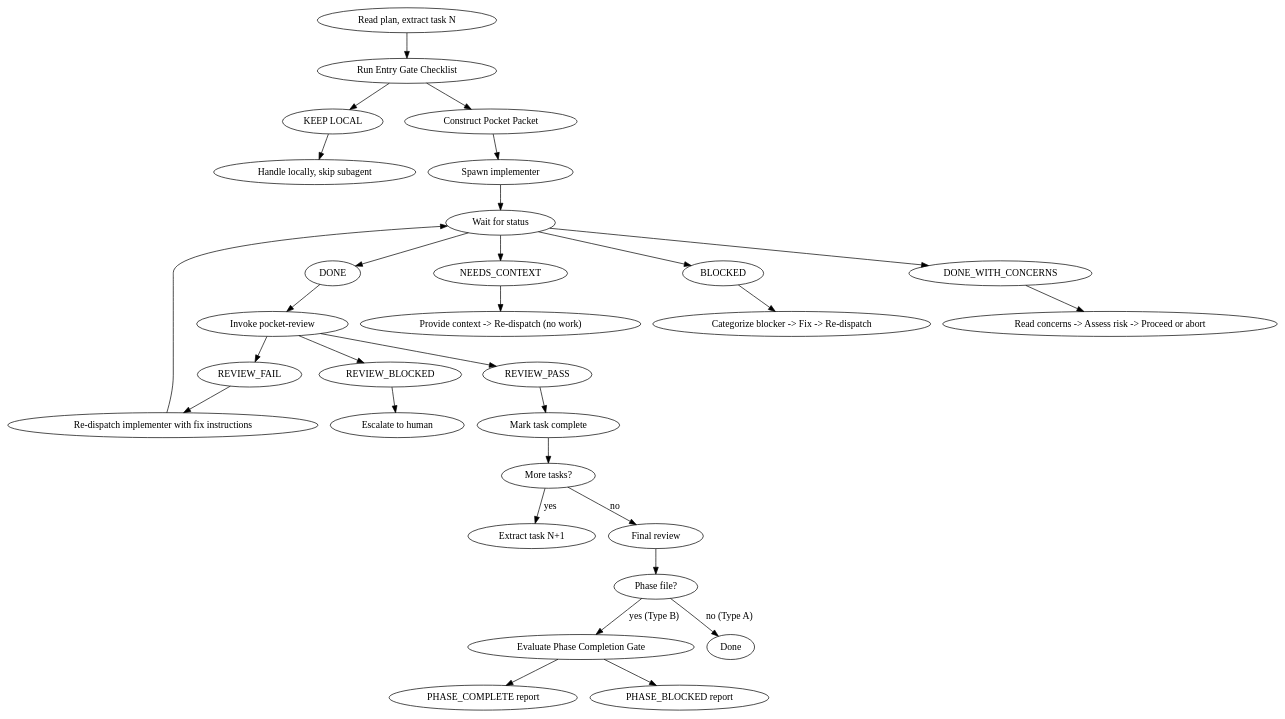
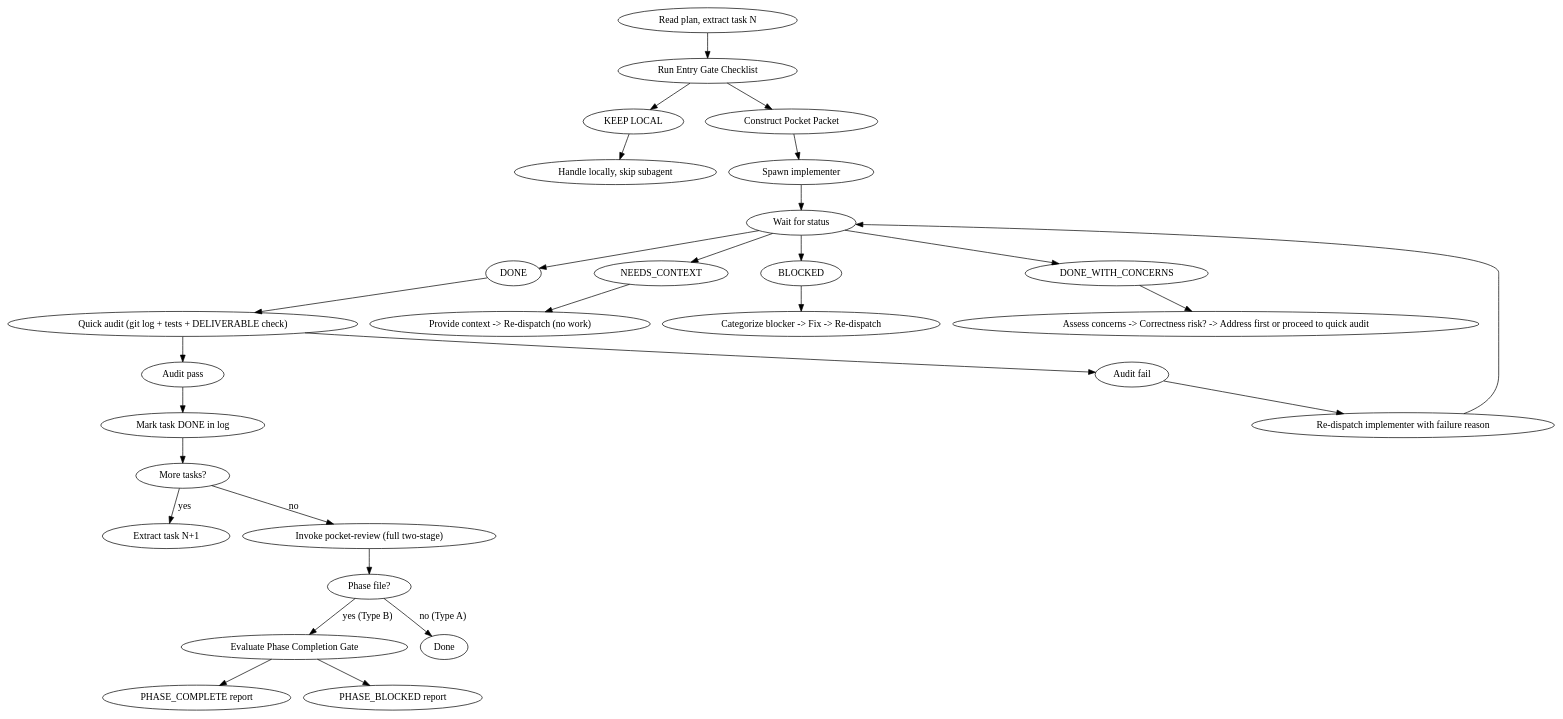
Before and after one commit to rfxlamia/pocketto: the diagram in skills/pocket-development/SKILL.md, drawn with Graphviz. The commit also changed other lines of this file, not shown here.

First line of the commit message:
Update Pocket Development spec to enforce hardened main‑agent role and replace per‑task review with quick audits

````diff
--- a/skills/pocket-development/SKILL.md
+++ b/skills/pocket-development/SKILL.md
@@ -312,32 +327,31 @@
 ```dot
 digraph pocket_process {
     rankdir=TB;
 
     "Read plan, extract task N" -> "Run Entry Gate Checklist";
     "Run Entry Gate Checklist" -> { "KEEP LOCAL" "Construct Pocket Packet" };
     "KEEP LOCAL" -> "Handle locally, skip subagent";
     "Construct Pocket Packet" -> "Spawn implementer";
     "Spawn implementer" -> "Wait for status";
 
     "Wait for status" -> { "DONE" "NEEDS_CONTEXT" "BLOCKED" "DONE_WITH_CONCERNS" };
 
-    "DONE" -> "Invoke pocket-review";
-    "Invoke pocket-review" -> { "REVIEW_PASS" "REVIEW_FAIL" "REVIEW_BLOCKED" };
-    "REVIEW_PASS" -> "Mark task complete";
-    "REVIEW_FAIL" -> "Re-dispatch implementer with fix instructions";
-    "Re-dispatch implementer with fix instructions" -> "Wait for status";
-    "REVIEW_BLOCKED" -> "Escalate to human";
+    "DONE" -> "Quick audit (git log + tests + DELIVERABLE check)";
+    "Quick audit (git log + tests + DELIVERABLE check)" -> { "Audit pass" "Audit fail" };
+    "Audit pass" -> "Mark task DONE in log";
+    "Audit fail" -> "Re-dispatch implementer with failure reason";
+    "Re-dispatch implementer with failure reason" -> "Wait for status";
 
     "NEEDS_CONTEXT" -> "Provide context -> Re-dispatch (no work)";
     "BLOCKED" -> "Categorize blocker -> Fix -> Re-dispatch";
-    "DONE_WITH_CONCERNS" -> "Read concerns -> Assess risk -> Proceed or abort";
+    "DONE_WITH_CONCERNS" -> "Assess concerns -> Correctness risk? -> Address first or proceed to quick audit";
 
-    "Mark task complete" -> "More tasks?";
+    "Mark task DONE in log" -> "More tasks?";
     "More tasks?" -> "Extract task N+1" [label="yes"];
-    "More tasks?" -> "Final review" [label="no"];
-    "Final review" -> "Phase file?";
+    "More tasks?" -> "Invoke pocket-review (full two-stage)" [label="no"];
+    "Invoke pocket-review (full two-stage)" -> "Phase file?";
     "Phase file?" -> "Evaluate Phase Completion Gate" [label="yes (Type B)"];
     "Phase file?" -> "Done" [label="no (Type A)"];
     "Evaluate Phase Completion Gate" -> { "PHASE_COMPLETE report" "PHASE_BLOCKED report" };
 }
 ```
````
